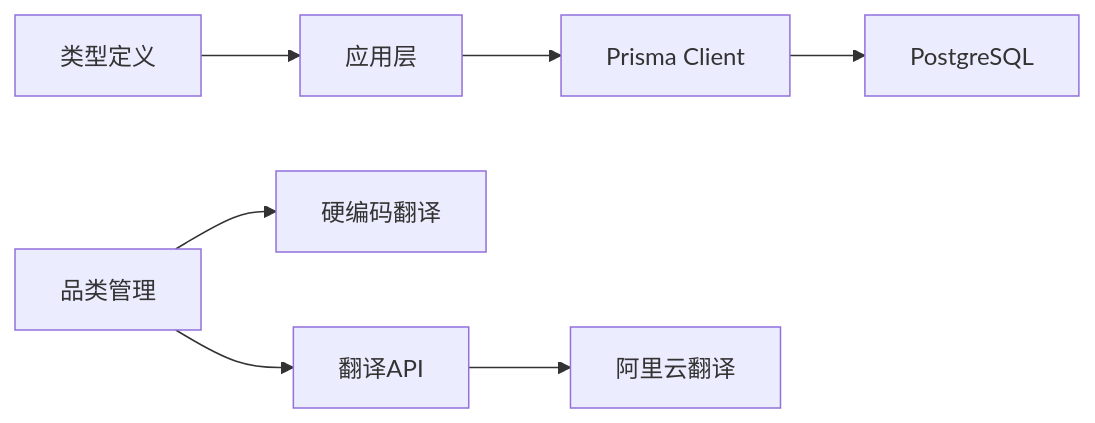
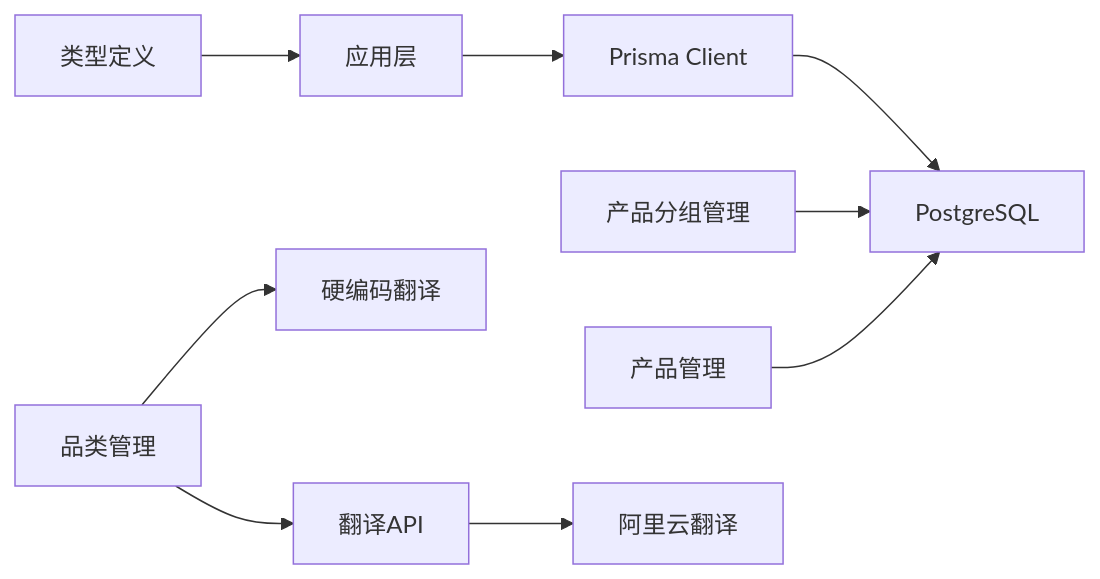
Before and after one commit to three3638-arch/celestia_2b: the fifth of 5 diagrams in .qoder/repowiki/zh/content/数据库设计/数据库设计.md, drawn with Mermaid. The commit also changed other lines of this file and 30 other files, not shown here.

````diff
--- a/.qoder/repowiki/zh/content/数据库设计/数据库设计.md
+++ b/.qoder/repowiki/zh/content/数据库设计/数据库设计.md
@@ -458,9 +561,11 @@
 ```mermaid
 graph LR
 APP["应用层"] --> PRISMA["Prisma Client"]
 PRISMA --> DB["PostgreSQL"]
 TYPES["类型定义"] --> APP
 CAT["品类管理"] --> I18N["硬编码翻译"]
 CAT --> TRAN["翻译API"]
+PG["产品分组管理"] --> DB
+PROD["产品管理"] --> DB
 TRAN --> ALIMT["阿里云翻译"]
 ```
````
